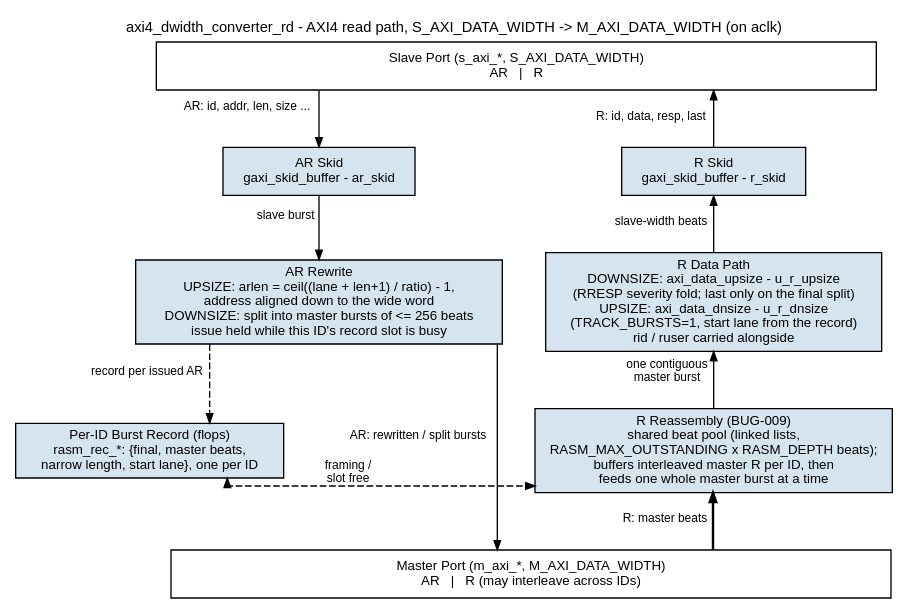
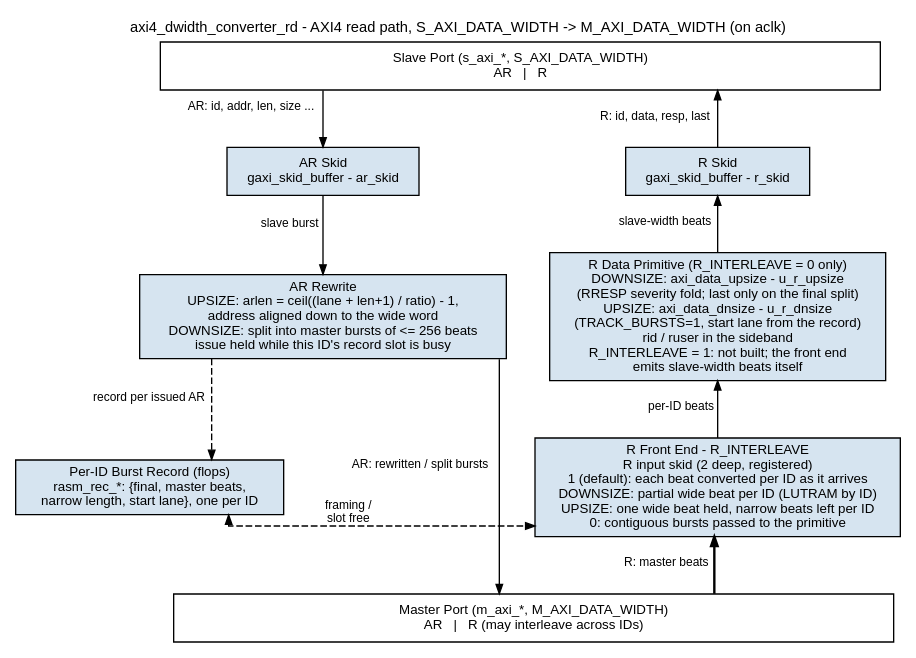
Before and after one commit to sean-galloway/RTLDesignSherpa: the diagram in projects/components/utility-ip/converters/docs/converter_mas/assets/graphviz/axi4_dwidth_converter_rd.dot, drawn with Graphviz. The commit also changed 213 other files, not shown here.

```diff
--- a/projects/components/utility-ip/converters/docs/converter_mas/assets/graphviz/axi4_dwidth_converter_rd.dot
+++ b/projects/components/utility-ip/converters/docs/converter_mas/assets/graphviz/axi4_dwidth_converter_rd.dot
@@ -1,49 +1,49 @@
 // axi4_dwidth_converter_rd - MAS figure (read-path width converter).
 // House style: vault/handbook/authoring/block-diagrams.md (rtl-amba lanes:
 // address down the center, R climbing the right lane via dir=back).
 // UPSIZE and DOWNSIZE are one build-time choice; each stage box states
-// both modes. The AR side records each issued master burst per ID; the
-// reassembly layer uses that record to feed whole bursts to the R data
-// primitive (dashed sideband between the lanes) and frees the ID's slot,
+// both modes. The AR side records each issued master burst per ID; the R
+// front end converts each beat against its ID's record (dashed sideband
+// between the lanes) and frees the ID's slot when the burst has arrived,
 // which in turn throttles AR issue (dashed back).
 // Source of truth: rtl/axi4_dwidth_converter_rd.sv.
 digraph axi4_dwidth_converter_rd {
     graph [rankdir=TB, bgcolor="white", fontname="Helvetica", fontsize=11,
            nodesep="0.45", ranksep="0.60", splines=ortho, newrank=true,
            labelloc=t, labeljust=c];
     node  [fontname="Helvetica", fontsize=10, shape=box, style=filled,
            fillcolor="#D6E4F0", color="black", margin="0.12,0.06"];
     edge  [fontname="Helvetica", fontsize=9, color="black", arrowsize=0.7];
     label="axi4_dwidth_converter_rd - AXI4 read path, S_AXI_DATA_WIDTH -> M_AXI_DATA_WIDTH (on aclk)";
 
     s    [label="Slave Port (s_axi_*, S_AXI_DATA_WIDTH)\nAR   |   R", fillcolor="white", width=7.5];
 
     ask  [label="AR Skid\ngaxi_skid_buffer - ar_skid", group=A];
     rsk  [label="R Skid\ngaxi_skid_buffer - r_skid", group=R];
 
     ar   [label="AR Rewrite\nUPSIZE: arlen = ceil((lane + len+1) / ratio) - 1,\naddress aligned down to the wide word\nDOWNSIZE: split into master bursts of <= 256 beats\nissue held while this ID's record slot is busy", group=A];
     rec  [label="Per-ID Burst Record (flops)\nrasm_rec_*: {final, master beats,\nnarrow length, start lane}, one per ID", group=M];
-    rdat [label="R Data Path\nDOWNSIZE: axi_data_upsize - u_r_upsize\n(RRESP severity fold; last only on the final split)\nUPSIZE: axi_data_dnsize - u_r_dnsize\n(TRACK_BURSTS=1, start lane from the record)\nrid / ruser carried alongside", group=R];
-    rasm [label="R Reassembly (BUG-009)\nshared beat pool (linked lists,\nRASM_MAX_OUTSTANDING x RASM_DEPTH beats);\nbuffers interleaved master R per ID, then\nfeeds one whole master burst at a time", group=R];
+    rdat [label="R Data Primitive (R_INTERLEAVE = 0 only)\nDOWNSIZE: axi_data_upsize - u_r_upsize\n(RRESP severity fold; last only on the final split)\nUPSIZE: axi_data_dnsize - u_r_dnsize\n(TRACK_BURSTS=1, start lane from the record)\nrid / ruser in the sideband\nR_INTERLEAVE = 1: not built; the front end\nemits slave-width beats itself", group=R];
+    rasm [label="R Front End - R_INTERLEAVE\nR input skid (2 deep, registered)\n1 (default): each beat converted per ID as it arrives\nDOWNSIZE: partial wide beat per ID (LUTRAM by ID)\nUPSIZE: one wide beat held, narrow beats left per ID\n0: contiguous bursts passed to the primitive", group=R];
 
     m    [label="Master Port (m_axi_*, M_AXI_DATA_WIDTH)\nAR   |   R (may interleave across IDs)", fillcolor="white", width=7.5];
 
     s    -> ask  [xlabel="AR: id, addr, len, size ..."];
     ask  -> ar   [xlabel="slave burst"];
     ar   -> rec  [style=dashed, xlabel="record per issued AR"];
     ar   -> m    [minlen=2, xlabel="AR: rewritten / split bursts"];
 
     s    -> rsk  [dir=back, xlabel="R: id, data, resp, last"];
     rsk  -> rdat [dir=back, xlabel="slave-width beats"];
-    rdat -> rasm [dir=back, xlabel="one contiguous\nmaster burst"];
+    rdat -> rasm [dir=back, xlabel="per-ID beats"];
     rasm -> m    [dir=back, xlabel="R: master beats", penwidth=1.8];
 
     rec  -> rasm [style=dashed, dir=both, xlabel="framing /\nslot free"];
 
     { rank=same; ask; rsk; }
     { rank=same; ar; rdat; }
     sp [label="", width=0.8, style=invis];
     { rank=same; rec; sp; rasm; }
     ask -> rsk [style=invis];
     rec -> sp -> rasm [style=invis];
 }
```
